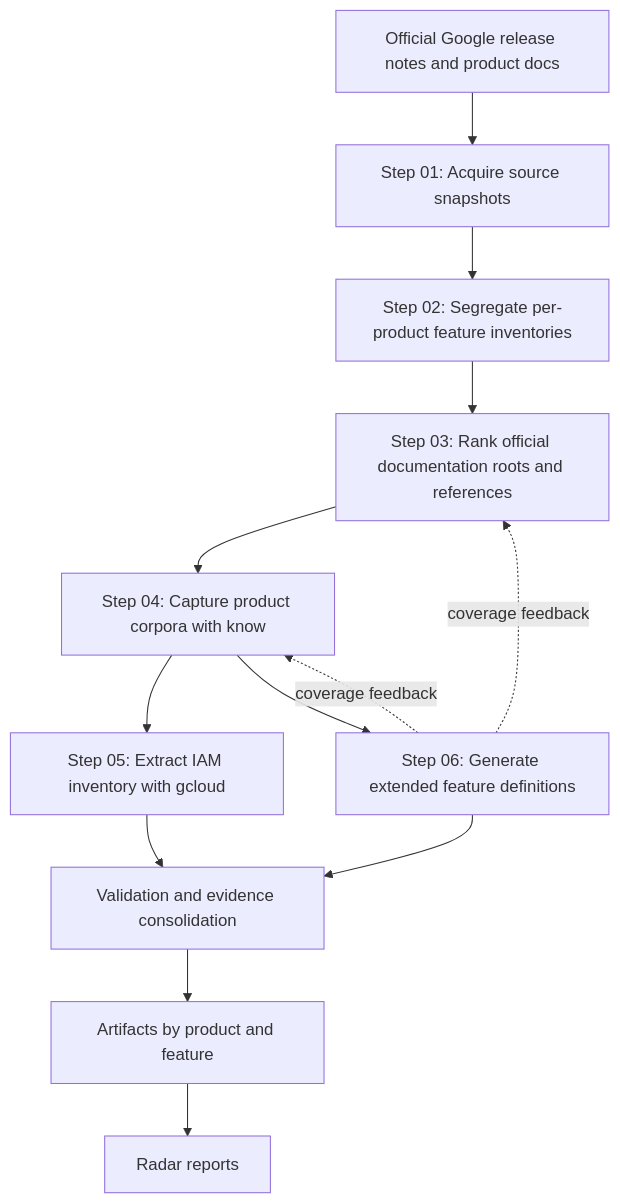
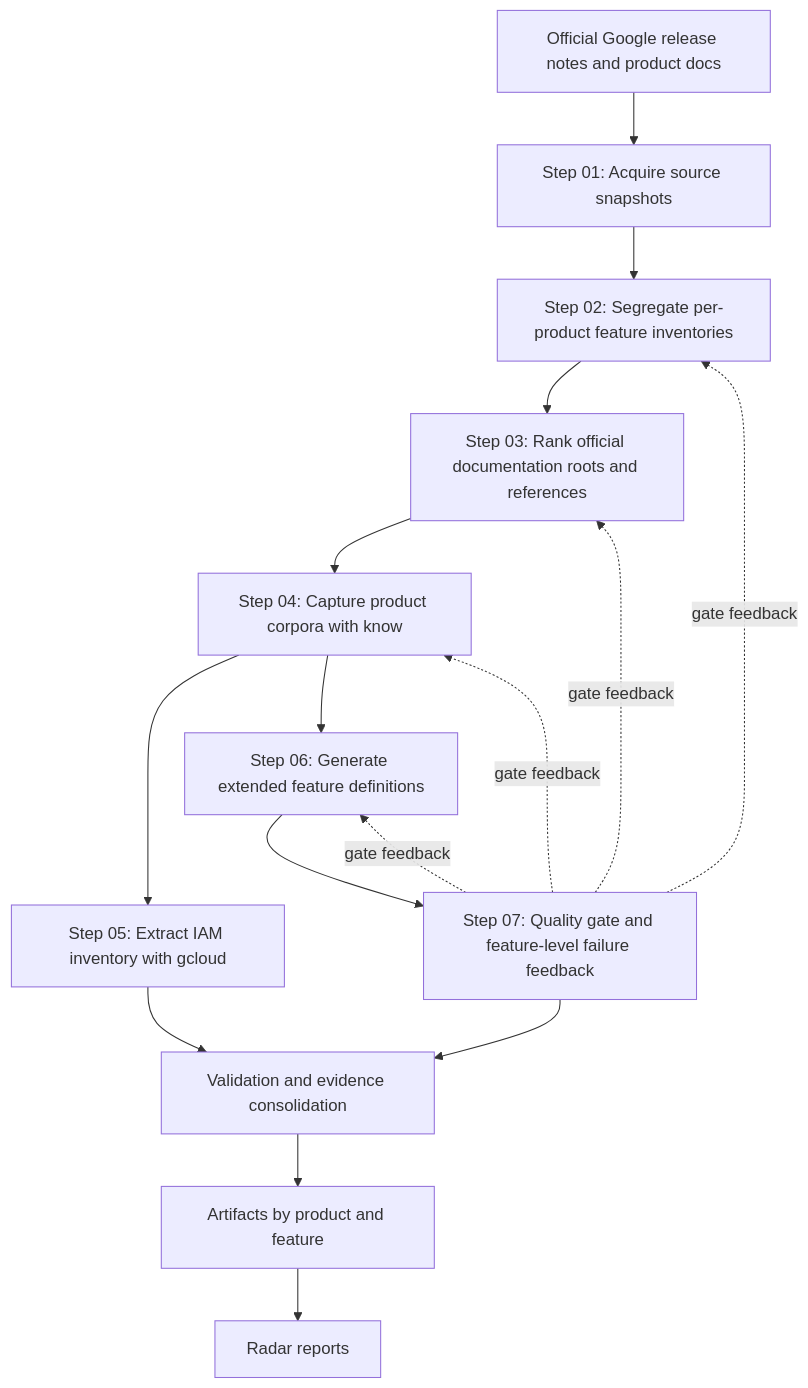
Before and after one commit to gvillarroel/gcp-radar: the diagram in docs/README.md, drawn with Mermaid. The commit also changed other lines of this file and 58890 other files, not shown here.

Commit message:
Strengthen Step 7 pass quality across pipeline

````diff
--- a/docs/README.md
+++ b/docs/README.md
@@ -58,15 +58,18 @@
 ```mermaid
 flowchart TD
     A["Official Google release notes and product docs"] --> B["Step 01: Acquire source snapshots"]
     B --> C["Step 02: Segregate per-product feature inventories"]
     C --> D["Step 03: Rank official documentation roots and references"]
     D --> E["Step 04: Capture product corpora with know"]
     E --> F["Step 05: Extract IAM inventory with gcloud"]
     E --> G["Step 06: Generate extended feature definitions"]
-    F --> H["Validation and evidence consolidation"]
-    G --> H
-    H --> I["Artifacts by product and feature"]
-    I --> J["Radar reports"]
-    G -. coverage feedback .-> D
-    G -. coverage feedback .-> E
+    G --> H["Step 07: Quality gate and feature-level failure feedback"]
+    F --> I["Validation and evidence consolidation"]
+    H --> I
+    I --> J["Artifacts by product and feature"]
+    J --> K["Radar reports"]
+    H -. gate feedback .-> C
+    H -. gate feedback .-> D
+    H -. gate feedback .-> E
+    H -. gate feedback .-> G
 ```
````
